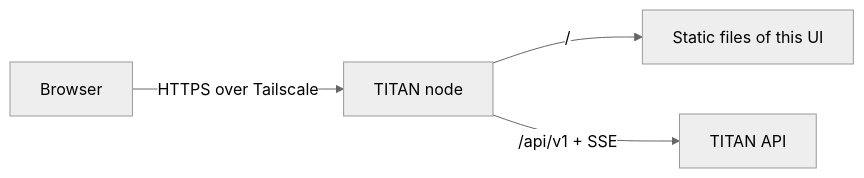
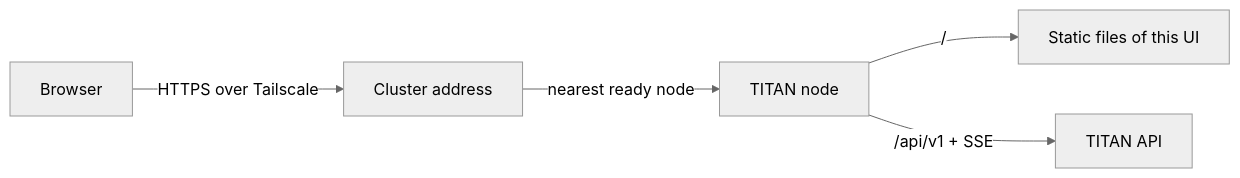
The diagram in README.md (vlukyanets/titan-web), drawn with Mermaid (neutral theme) before and after one commit. The commit also changed other lines of this file and 3 other files, not shown here.

First line of the commit message:
Changed the Web UI to one sign-in on the shared cluster address

````diff
--- a/README.md
+++ b/README.md
@@ -34,6 +35,7 @@
 ```mermaid
 flowchart LR
-    Browser -->|HTTPS over Tailscale| Node[TITAN node]
+    Browser -->|HTTPS over Tailscale| Addr[Cluster address]
+    Addr -->|nearest ready node| Node[TITAN node]
     Node -->|/| UI[Static files of this UI]
     Node -->|/api/v1 + SSE| API[TITAN API]
 ```
````
